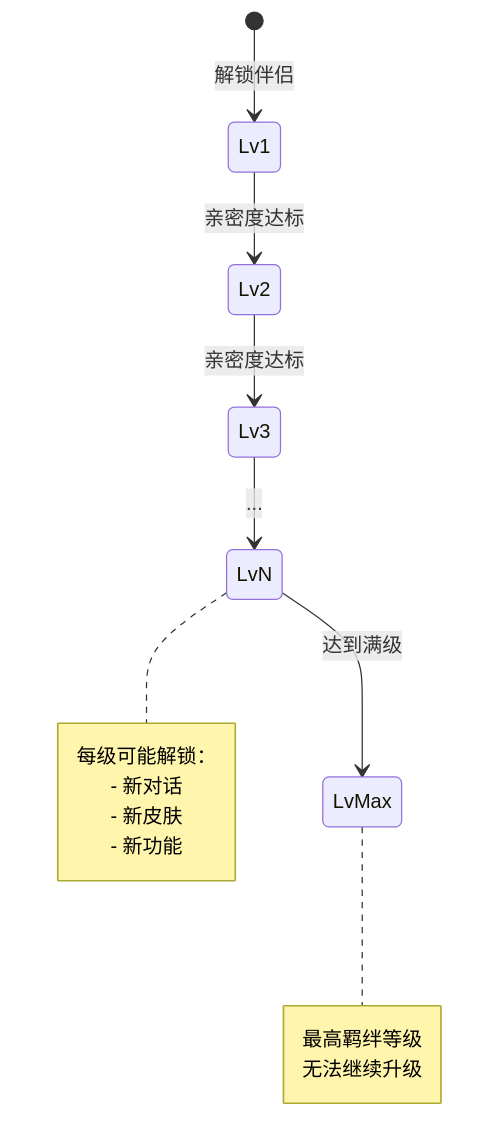
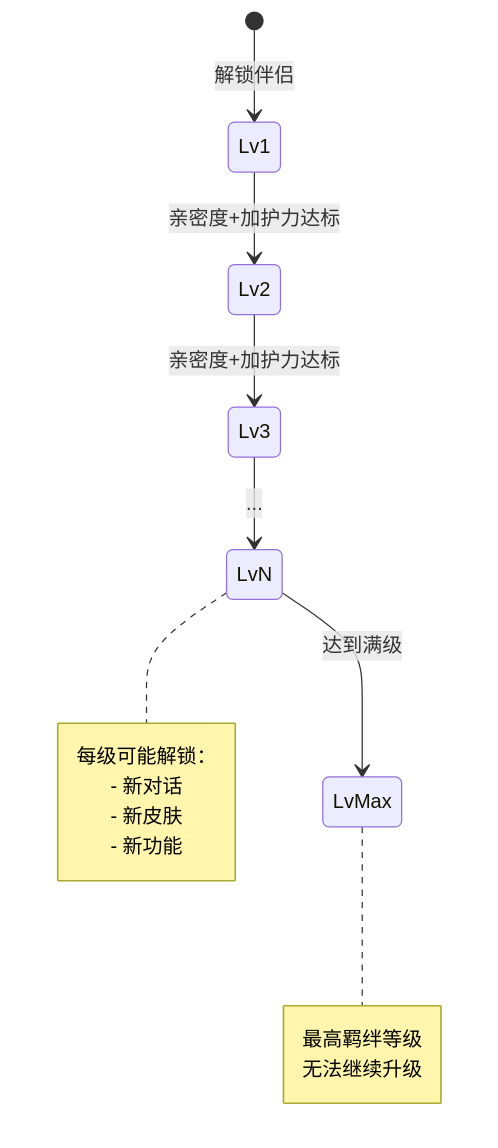
The second of 7 diagrams in docs/Module_Consort/06_实现细节.md (Alan-Ben/k2c_game_framework), drawn with Mermaid before and after one commit. The commit also changed other lines of this file and 5 other files, not shown here.

````diff
--- a/docs/Module_Consort/06_实现细节.md
+++ b/docs/Module_Consort/06_实现细节.md
@@ -99,20 +124,20 @@
 ```mermaid
 stateDiagram-v2
     [*] --> Lv1: 解锁伴侣
-    Lv1 --> Lv2: 亲密度达标
-    Lv2 --> Lv3: 亲密度达标
+    Lv1 --> Lv2: 亲密度+加护力达标
+    Lv2 --> Lv3: 亲密度+加护力达标
     Lv3 --> LvN: ...
     LvN --> LvMax: 达到满级
 
     note right of LvN
         每级可能解锁：
         - 新对话
         - 新皮肤
         - 新功能
     end note
 
     note right of LvMax
         最高羁绊等级
         无法继续升级
     end note
 ```
````
